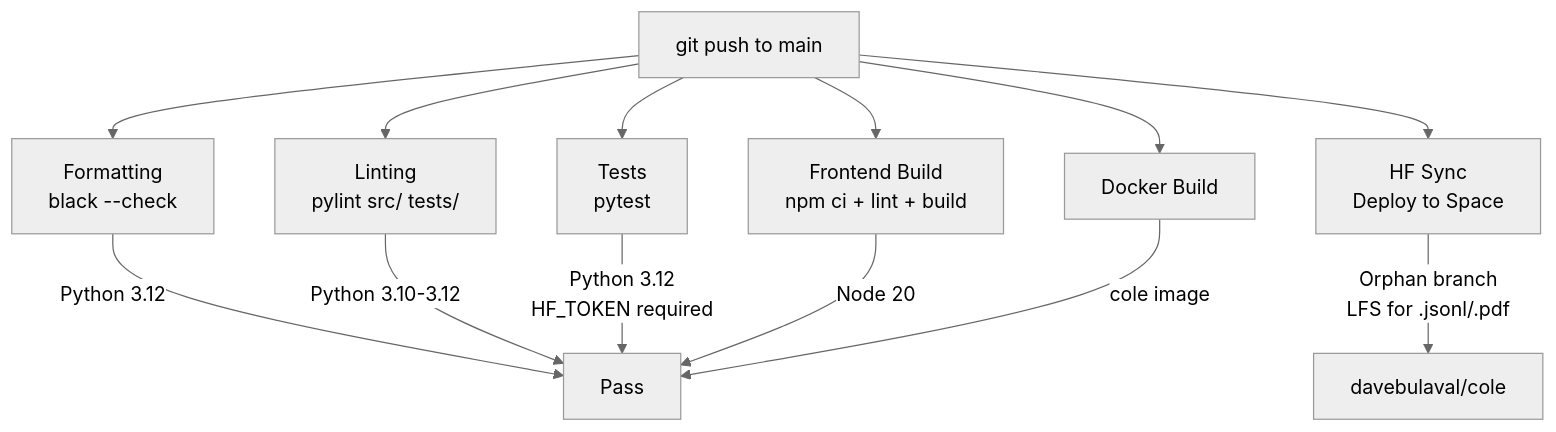
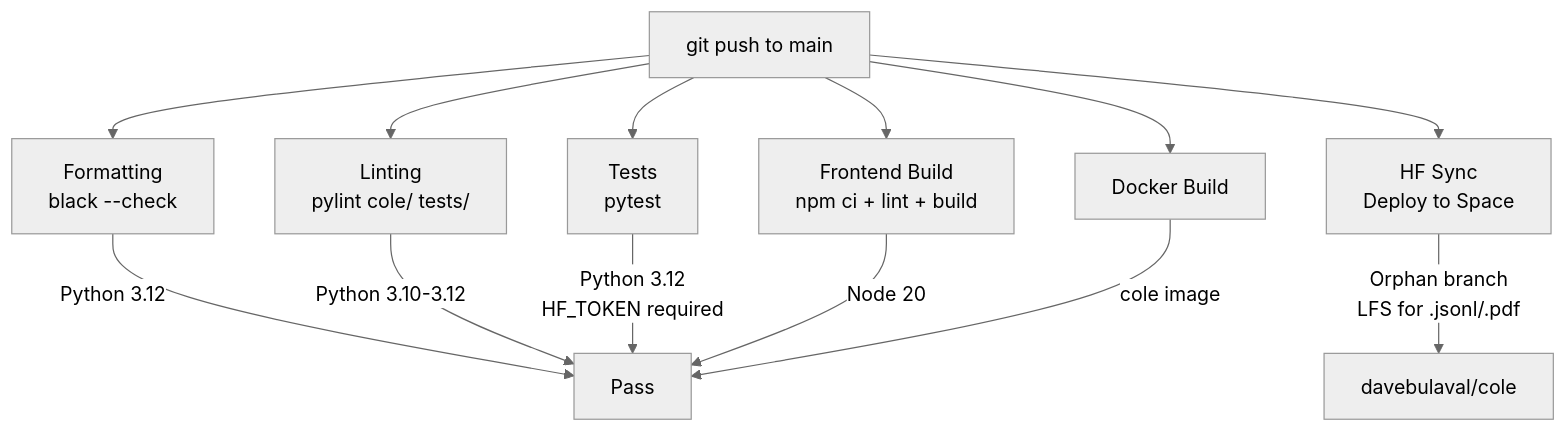
One commit to GRAAL-Research/COLE changed the sixth of 6 diagrams in docs/architecture.md. Above: the diagram before and after it, drawn with Mermaid (neutral theme). The commit also changed 128 other files, not shown here.

````diff
--- a/docs/architecture.md
+++ b/docs/architecture.md
@@ -146,16 +146,16 @@
 ```mermaid
 graph TD
     Push[git push to main] --> F[Formatting\nblack --check]
-    Push --> L[Linting\npylint src/ tests/]
+    Push --> L[Linting\npylint cole/ tests/]
     Push --> T[Tests\npytest]
     Push --> FB[Frontend Build\nnpm ci + lint + build]
     Push --> DB[Docker Build]
     Push --> HF[HF Sync\nDeploy to Space]
 
     F -->|Python 3.12| Pass
     L -->|Python 3.10-3.12| Pass
     T -->|Python 3.12\nHF_TOKEN required| Pass
     FB -->|Node 20| Pass
     DB -->|cole image| Pass
     HF -->|Orphan branch\nLFS for .jsonl/.pdf| Space[davebulaval/cole]
 ```
````
